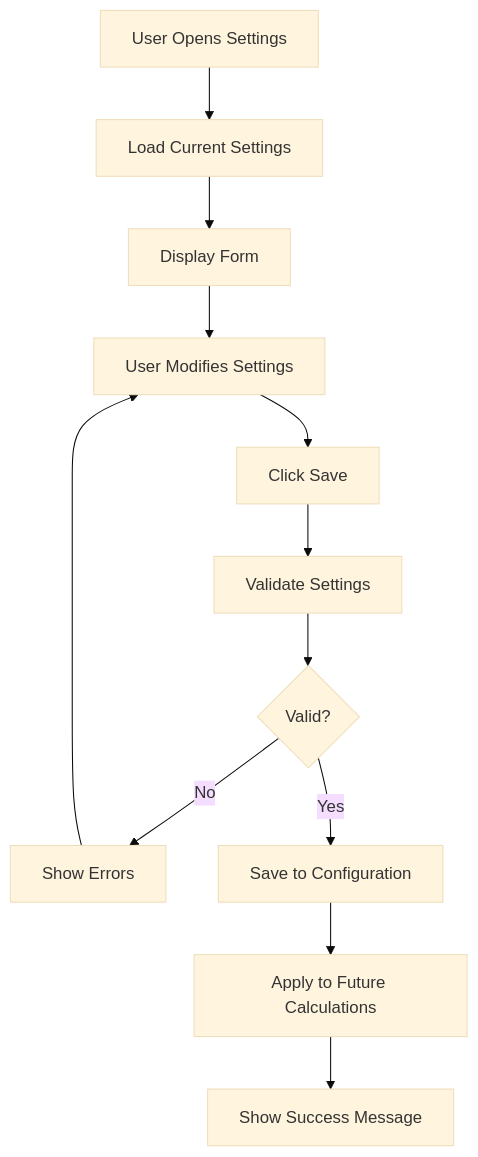
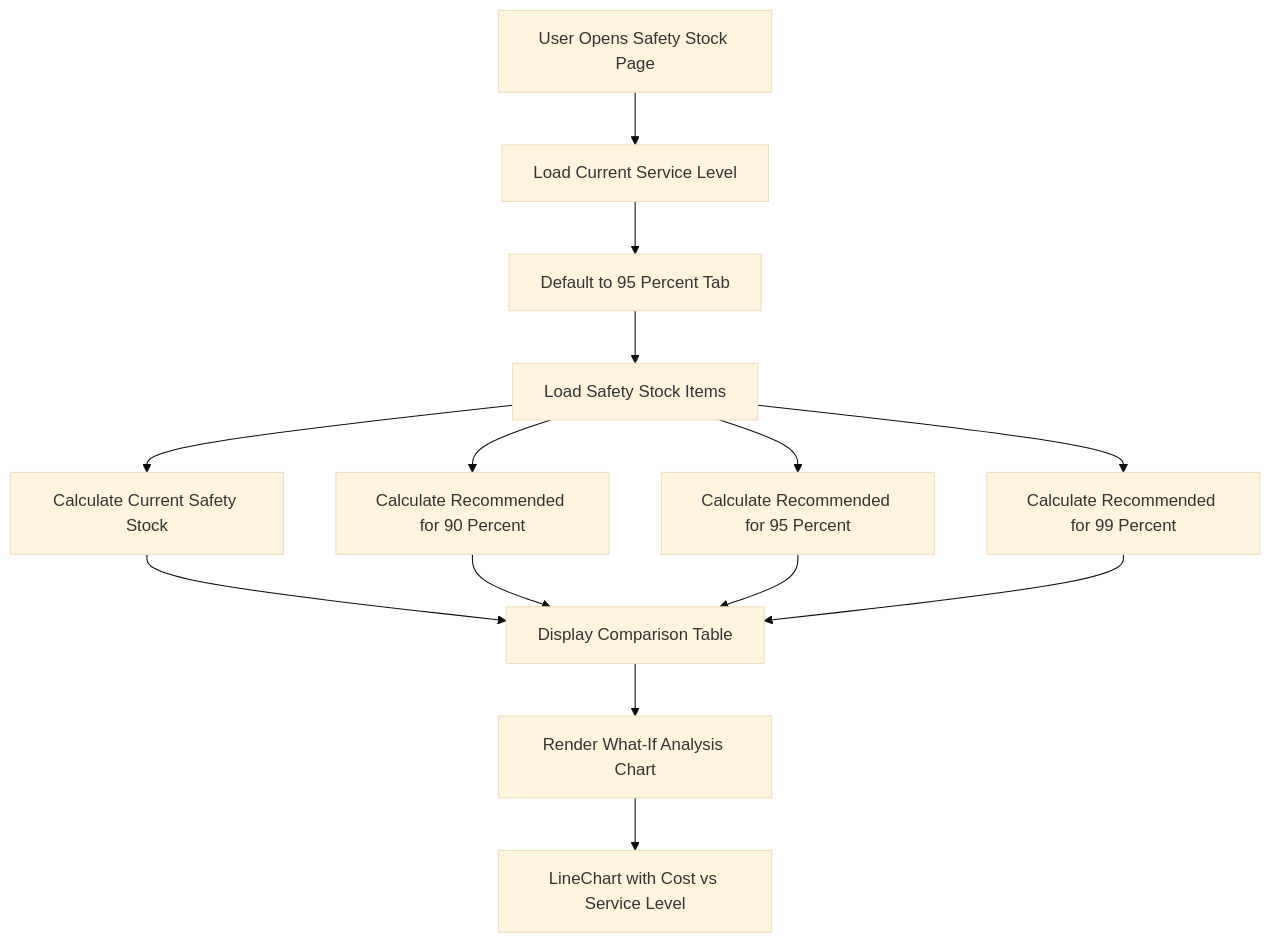
Diagram 15 of 32 in docs/app/operational-planning/inventory-planning/FD-inventory-planning.md (PeakMNA/carmen), drawn with Mermaid (base theme) before and after one commit. The commit also changed other lines of this file and 473 other files, not shown here.

````diff
--- a/docs/app/operational-planning/inventory-planning/FD-inventory-planning.md
+++ b/docs/app/operational-planning/inventory-planning/FD-inventory-planning.md
@@ -339,19 +370,19 @@
 ```mermaid
 graph TB
-    A[User Opens Settings] --> B[Load Current Settings]
-    B --> C[Display Form]
+    A[User Opens Safety Stock Page] --> B[Load Current Service Level]
+    B --> C[Default to 95 Percent Tab]
 
-    C --> D[User Modifies Settings]
-    D --> E[Click Save]
+    C --> D[Load Safety Stock Items]
+    D --> E[Calculate Current Safety Stock]
+    D --> F[Calculate Recommended for 90 Percent]
+    D --> G[Calculate Recommended for 95 Percent]
+    D --> H[Calculate Recommended for 99 Percent]
 
-    E --> F[Validate Settings]
-    F --> G{Valid?}
+    E --> I[Display Comparison Table]
+    F --> I
+    G --> I
+    H --> I
 
-    G -->|No| H[Show Errors]
-    G -->|Yes| I[Save to Configuration]
-
-    I --> J[Apply to Future Calculations]
-    J --> K[Show Success Message]
-
-    H --> D
+    I --> J[Render What-If Analysis Chart]
+    J --> K[LineChart with Cost vs Service Level]
 ```
````
